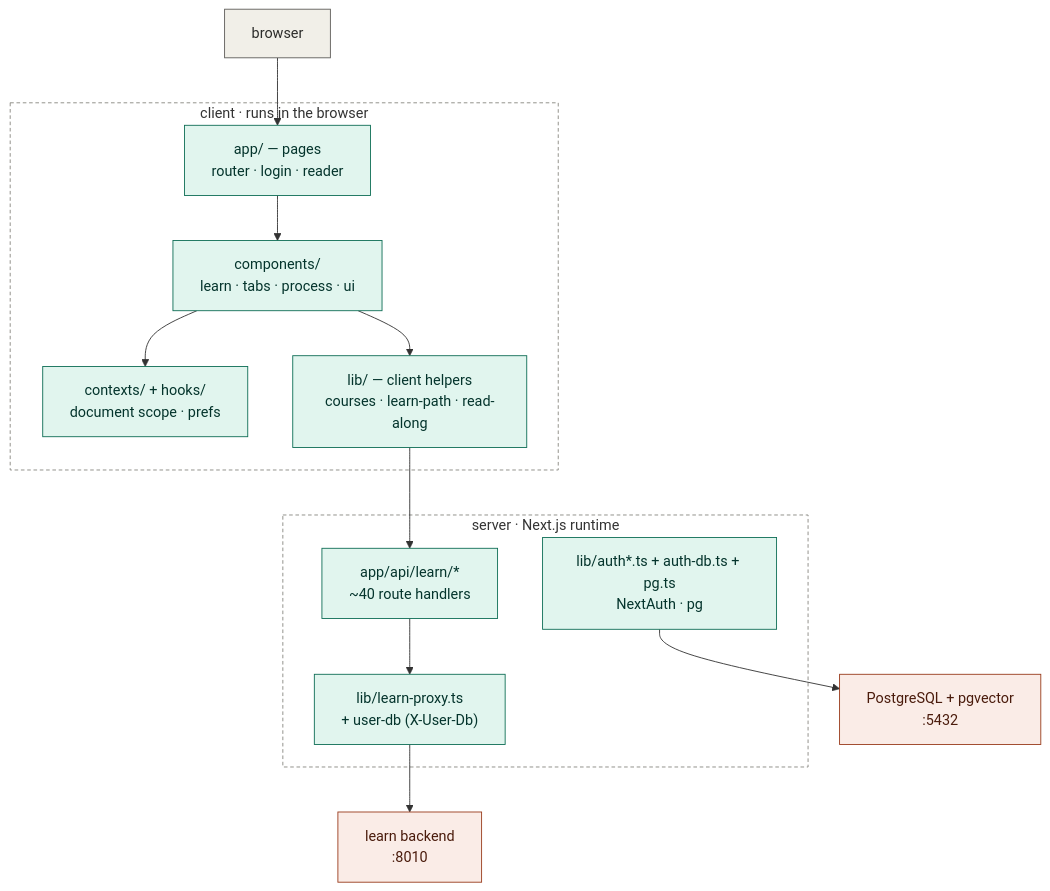
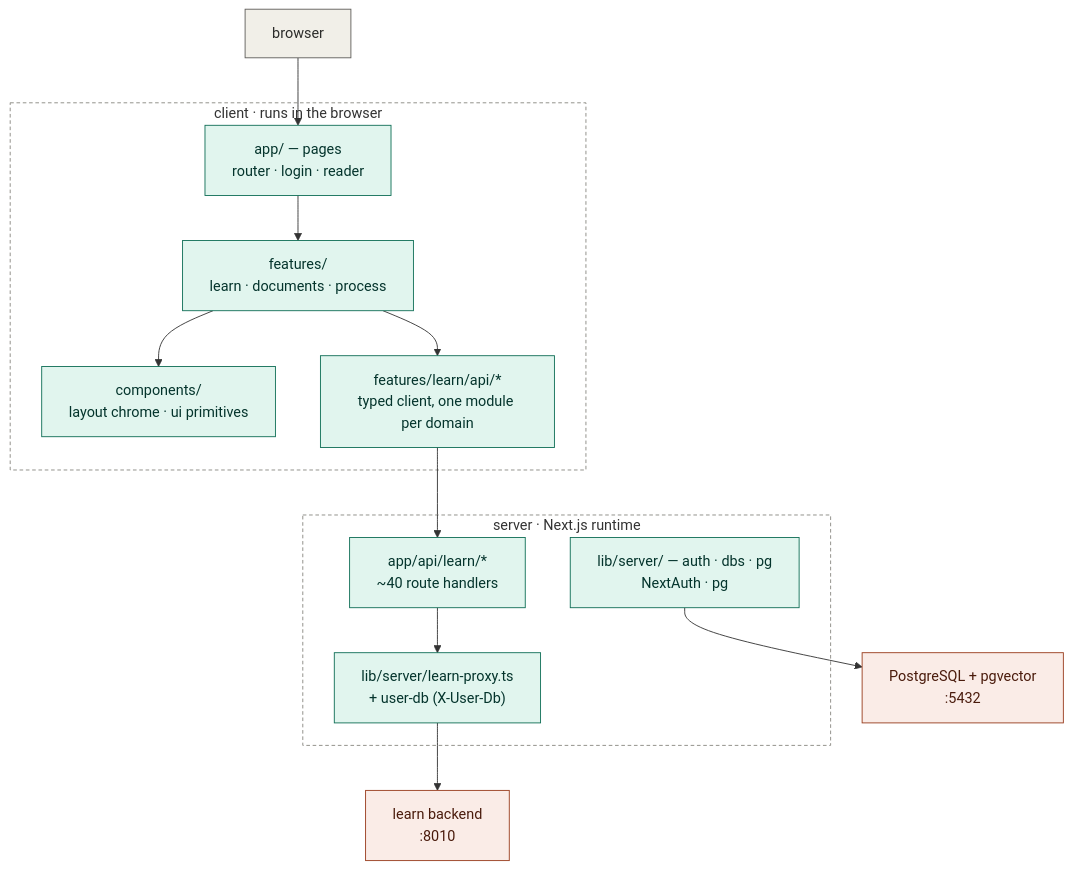
Before and after one commit to Aiden-Ferrante/learnhub-core: the third of 4 diagrams in MAP.md, drawn with Mermaid. The commit also changed other lines of this file and 3 other files, not shown here.

First line of the commit message:
Document the feature-based frontend architecture

````diff
--- a/MAP.md
+++ b/MAP.md
@@ -249,46 +253,46 @@
 ```mermaid
 flowchart TD
   browser["browser"]
 
   subgraph client["client · runs in the browser"]
     pages["app/ — pages<br/>router · login · reader"]
-    components["components/<br/>learn · tabs · process · ui"]
-    state["contexts/ + hooks/<br/>document scope · prefs"]
-    libc["lib/ — client helpers<br/>courses · learn-path · read-along"]
+    components["features/<br/>learn · documents · process"]
+    state["components/<br/>layout chrome · ui primitives"]
+    libc["features/learn/api/*<br/>typed client, one module per domain"]
   end
 
   subgraph server["server · Next.js runtime"]
     apiroutes["app/api/learn/*<br/>~40 route handlers"]
-    proxy["lib/learn-proxy.ts<br/>+ user-db (X-User-Db)"]
-    authlib["lib/auth*.ts + auth-db.ts + pg.ts<br/>NextAuth · pg"]
+    proxy["lib/server/learn-proxy.ts<br/>+ user-db (X-User-Db)"]
+    authlib["lib/server/ — auth · dbs · pg<br/>NextAuth · pg"]
   end
 
   backend["learn backend<br/>:8010"]
   pgdb["PostgreSQL + pgvector<br/>:5432"]
 
   browser --> pages
   pages --> components
   components --> state
   components --> libc
   libc --> apiroutes
   apiroutes --> proxy
   proxy --> backend
   authlib --> pgdb
 
   classDef ext fill:#F1EFE8,stroke:#5F5E5A,color:#2C2C2A;
   classDef code fill:#E1F5EE,stroke:#0F6E56,color:#04342C;
   classDef svc fill:#FAECE7,stroke:#993C1D,color:#4A1B0C;
   class browser ext;
   class pages,components,state,libc,apiroutes,proxy,authlib code;
   class backend,pgdb svc;
   style client fill:none,stroke:#888780,stroke-dasharray:4 3;
   style server fill:none,stroke:#888780,stroke-dasharray:4 3;
 
   click pages "https://github.com/Aiden-Ferrante/learnhub/tree/main/frontend/app"
-  click components "https://github.com/Aiden-Ferrante/learnhub/tree/main/frontend/components"
-  click state "https://github.com/Aiden-Ferrante/learnhub/tree/main/frontend/contexts"
-  click libc "https://github.com/Aiden-Ferrante/learnhub/tree/main/frontend/lib"
+  click components "https://github.com/Aiden-Ferrante/learnhub/tree/main/frontend/features"
+  click state "https://github.com/Aiden-Ferrante/learnhub/tree/main/frontend/components"
+  click libc "https://github.com/Aiden-Ferrante/learnhub/tree/main/frontend/features/learn/api"
   click apiroutes "https://github.com/Aiden-Ferrante/learnhub/tree/main/frontend/app/api/learn"
-  click proxy "https://github.com/Aiden-Ferrante/learnhub/blob/main/frontend/lib/learn-proxy.ts"
-  click authlib "https://github.com/Aiden-Ferrante/learnhub/blob/main/frontend/lib/auth-db.ts"
+  click proxy "https://github.com/Aiden-Ferrante/learnhub/blob/main/frontend/lib/server/learn-proxy.ts"
+  click authlib "https://github.com/Aiden-Ferrante/learnhub/tree/main/frontend/lib/server"
 ```
````
